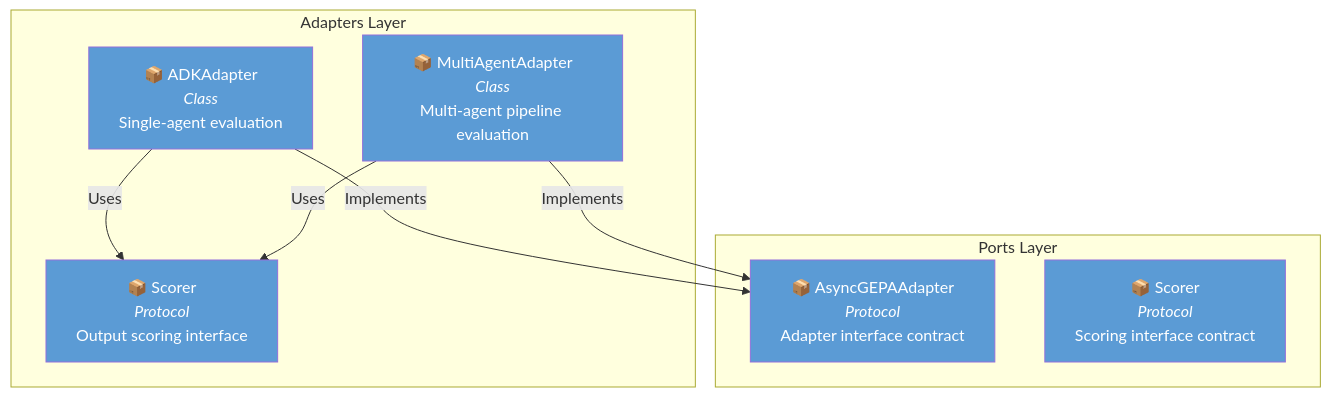
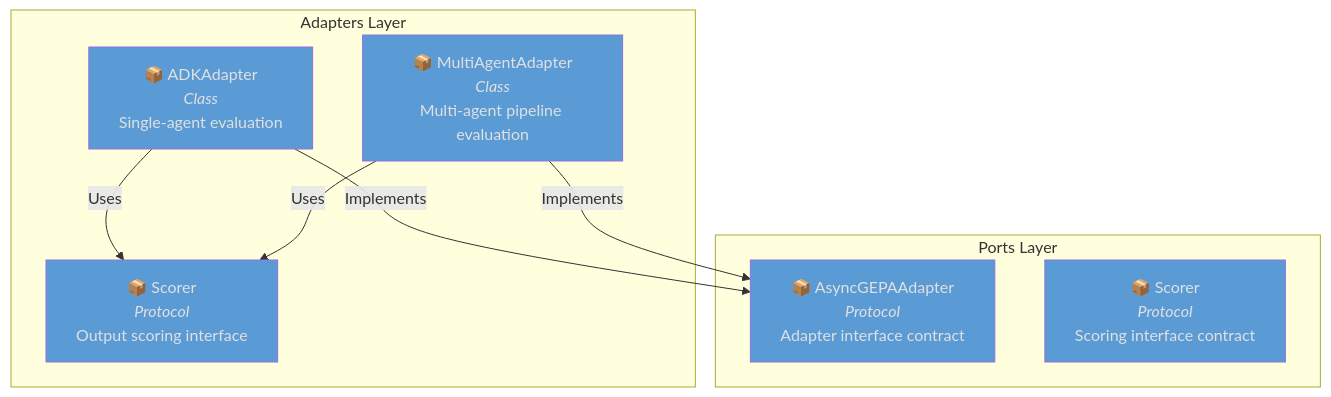
The third of 10 diagrams in .specify/templates/architecture-template.md (Alberto-Codes/gepa-adk), drawn with Mermaid before and after one commit. The commit also changed other lines of this file, not shown here.

Commit message:
feat(spec): enhance architecture documentation with constraints section and improved flowchart legends for clarity

````diff
--- a/.specify/templates/architecture-template.md
+++ b/.specify/templates/architecture-template.md
@@ -117,24 +135,24 @@
 ```mermaid
 flowchart TB
     subgraph adapters["Adapters Layer"]
         adk_adapter["📦 ADKAdapter<br/><i>Class</i><br/>Single-agent evaluation"]
         multi_adapter["📦 MultiAgentAdapter<br/><i>Class</i><br/>Multi-agent pipeline evaluation"]
         scorer["📦 Scorer<br/><i>Protocol</i><br/>Output scoring interface"]
     end
 
     subgraph ports["Ports Layer"]
         gepa_protocol["📦 AsyncGEPAAdapter<br/><i>Protocol</i><br/>Adapter interface contract"]
         scorer_protocol["📦 Scorer<br/><i>Protocol</i><br/>Scoring interface contract"]
     end
 
     adk_adapter -->|"Implements"| gepa_protocol
     multi_adapter -->|"Implements"| gepa_protocol
     adk_adapter -->|"Uses"| scorer
     multi_adapter -->|"Uses"| scorer
 
-    style adk_adapter fill:#5B9BD5,color:#fff
-    style multi_adapter fill:#5B9BD5,color:#fff
-    style scorer fill:#5B9BD5,color:#fff
-    style gepa_protocol fill:#5B9BD5,color:#fff
-    style scorer_protocol fill:#5B9BD5,color:#fff
+    style adk_adapter fill:#5B9BD5,color:#E0E0E0
+    style multi_adapter fill:#5B9BD5,color:#E0E0E0
+    style scorer fill:#5B9BD5,color:#E0E0E0
+    style gepa_protocol fill:#5B9BD5,color:#E0E0E0
+    style scorer_protocol fill:#5B9BD5,color:#E0E0E0
 ```
````
